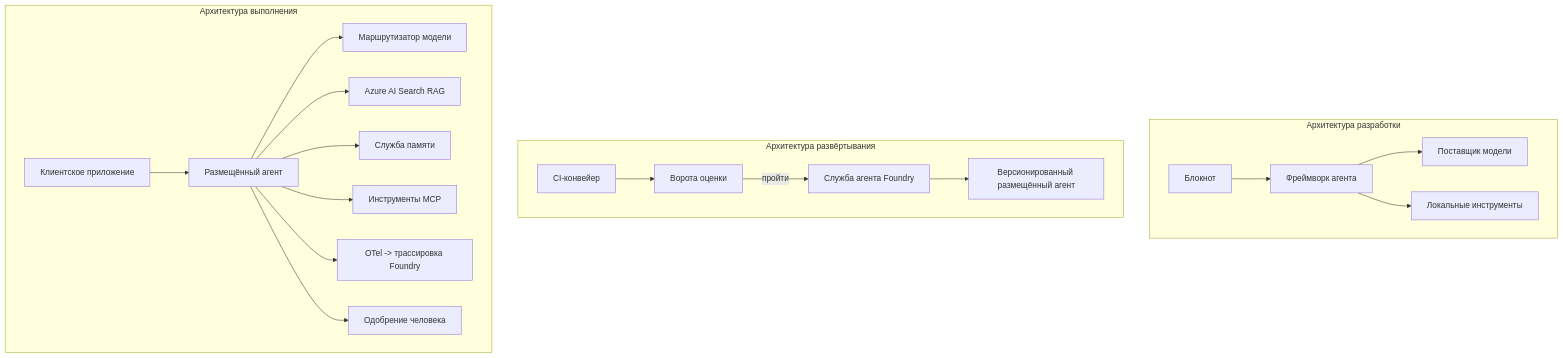
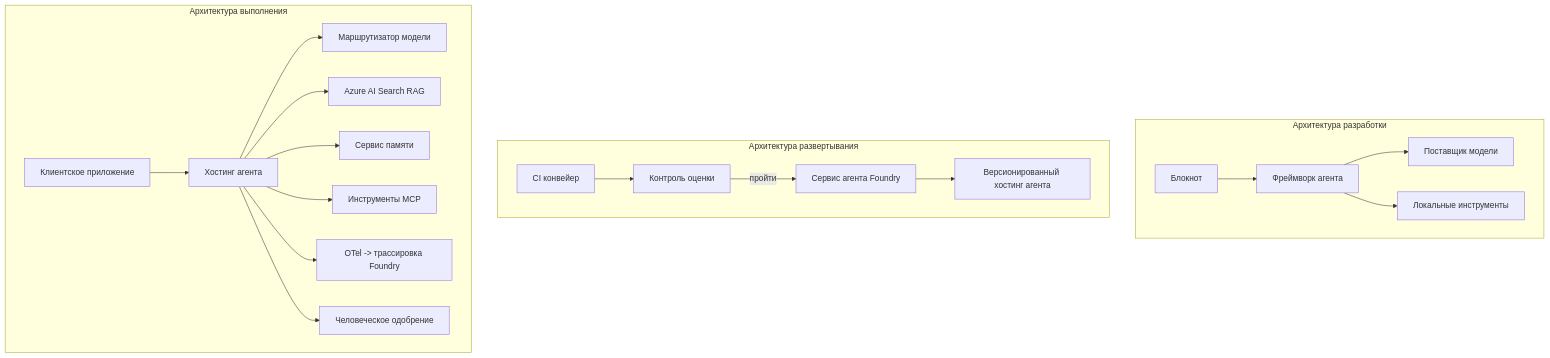
The fourth of 4 diagrams in mirrors/repos/microsoft@ai-agents-for-beginners/translations/ru/16-deploying-scalable-agents/README.md (gabrielmoreira/agent-skills-mirror), drawn with Mermaid before and after one commit. The commit also changed other lines of this file and 4262 other files, not shown here.

````diff
--- a/mirrors/repos/microsoft@ai-agents-for-beginners/translations/ru/16-deploying-scalable-agents/README.md
+++ b/mirrors/repos/microsoft@ai-agents-for-beginners/translations/ru/16-deploying-scalable-agents/README.md
@@ -185,22 +185,22 @@
 ```mermaid
 flowchart TB
     subgraph Dev[Архитектура разработки]
         D1[Блокнот] --> D2[Фреймворк агента]
         D2 --> D3[Поставщик модели]
         D2 --> D4[Локальные инструменты]
     end
-    subgraph Deploy[Архитектура развёртывания]
-        E1[CI-конвейер] --> E2[Ворота оценки]
-        E2 -->|пройти| E3[Служба агента Foundry]
-        E3 --> E4[Версионированный размещённый агент]
+    subgraph Deploy[Архитектура развертывания]
+        E1[CI конвейер] --> E2[Контроль оценки]
+        E2 -->|пройти| E3[Сервис агента Foundry]
+        E3 --> E4[Версионированный хостинг агента]
     end
     subgraph Run[Архитектура выполнения]
-        F1[Клиентское приложение] --> F2[Размещённый агент]
+        F1[Клиентское приложение] --> F2[Хостинг агента]
         F2 --> F3[Маршрутизатор модели]
         F2 --> F4[Azure AI Search RAG]
-        F2 --> F5[Служба памяти]
+        F2 --> F5[Сервис памяти]
         F2 --> F6[Инструменты MCP]
         F2 --> F7[OTel -> трассировка Foundry]
-        F2 --> F8[Одобрение человека]
+        F2 --> F8[Человеческое одобрение]
     end
 ```
````
